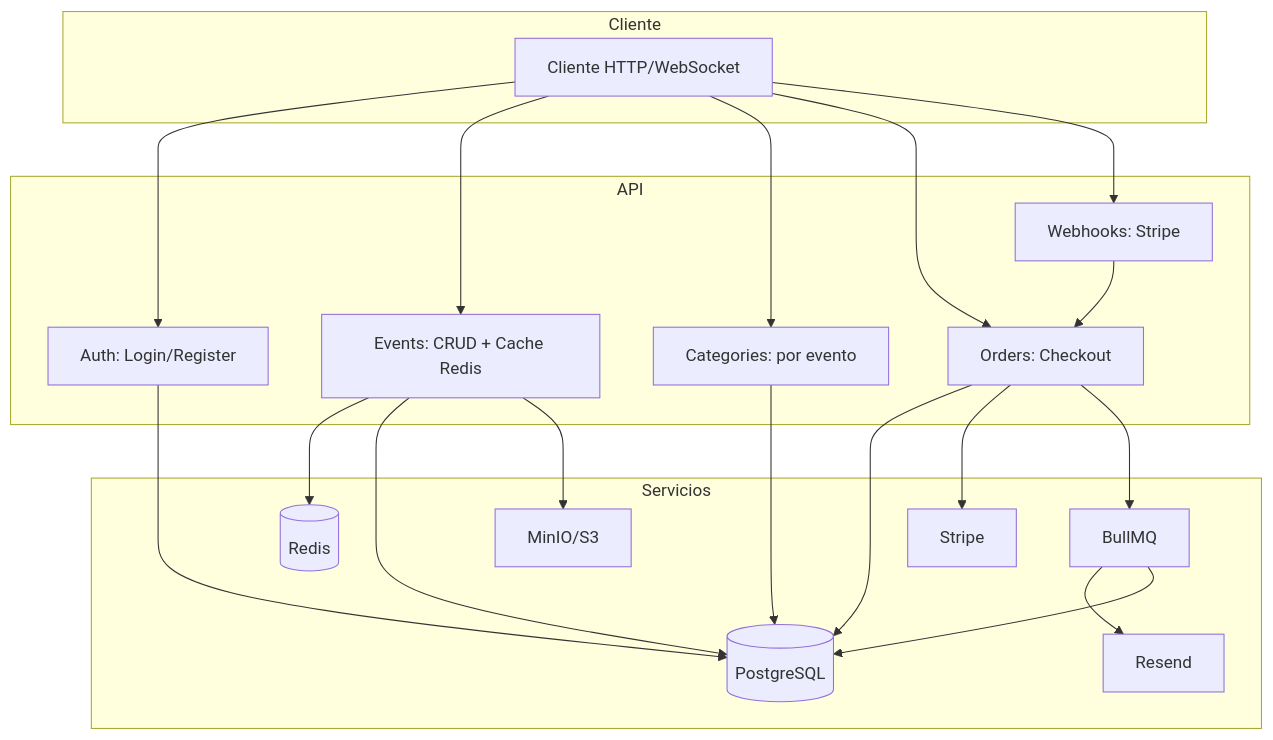
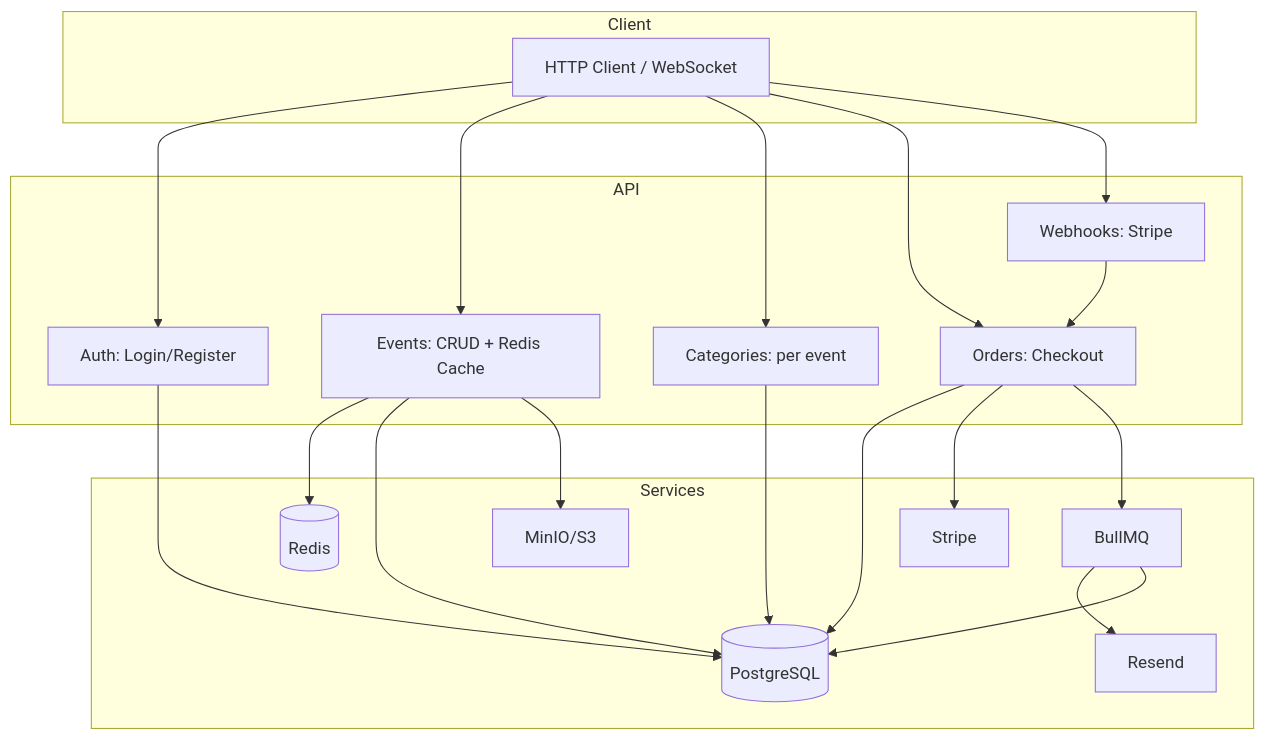
Before and after one commit to LucasBenitez7/ticketmaster-api: the first of 2 diagrams in README.md, drawn with Mermaid. The commit also changed other lines of this file, not shown here.

````diff
--- a/README.md
+++ b/README.md
@@ -64,41 +80,41 @@
 ```mermaid
 flowchart TB
-    subgraph Cliente
-        A[Cliente HTTP/WebSocket]
+    subgraph Client
+        A[HTTP Client / WebSocket]
     end
 
     subgraph API
         B[Auth: Login/Register]
-        C[Events: CRUD + Cache Redis]
-        D[Categories: por evento]
+        C[Events: CRUD + Redis Cache]
+        D[Categories: per event]
         E[Orders: Checkout]
         F[Webhooks: Stripe]
     end
 
-    subgraph Servicios
+    subgraph Services
         G[(PostgreSQL)]
         H[(Redis)]
         I[BullMQ]
         J[Stripe]
         K[Resend]
         L[MinIO/S3]
     end
 
     A --> B
     A --> C
     A --> D
     A --> E
     A --> F
 
     B --> G
     C --> H
     C --> G
     C --> L
     D --> G
     E --> G
     E --> J
     E --> I
     F --> E
     I --> K
     I --> G
 ```
````
